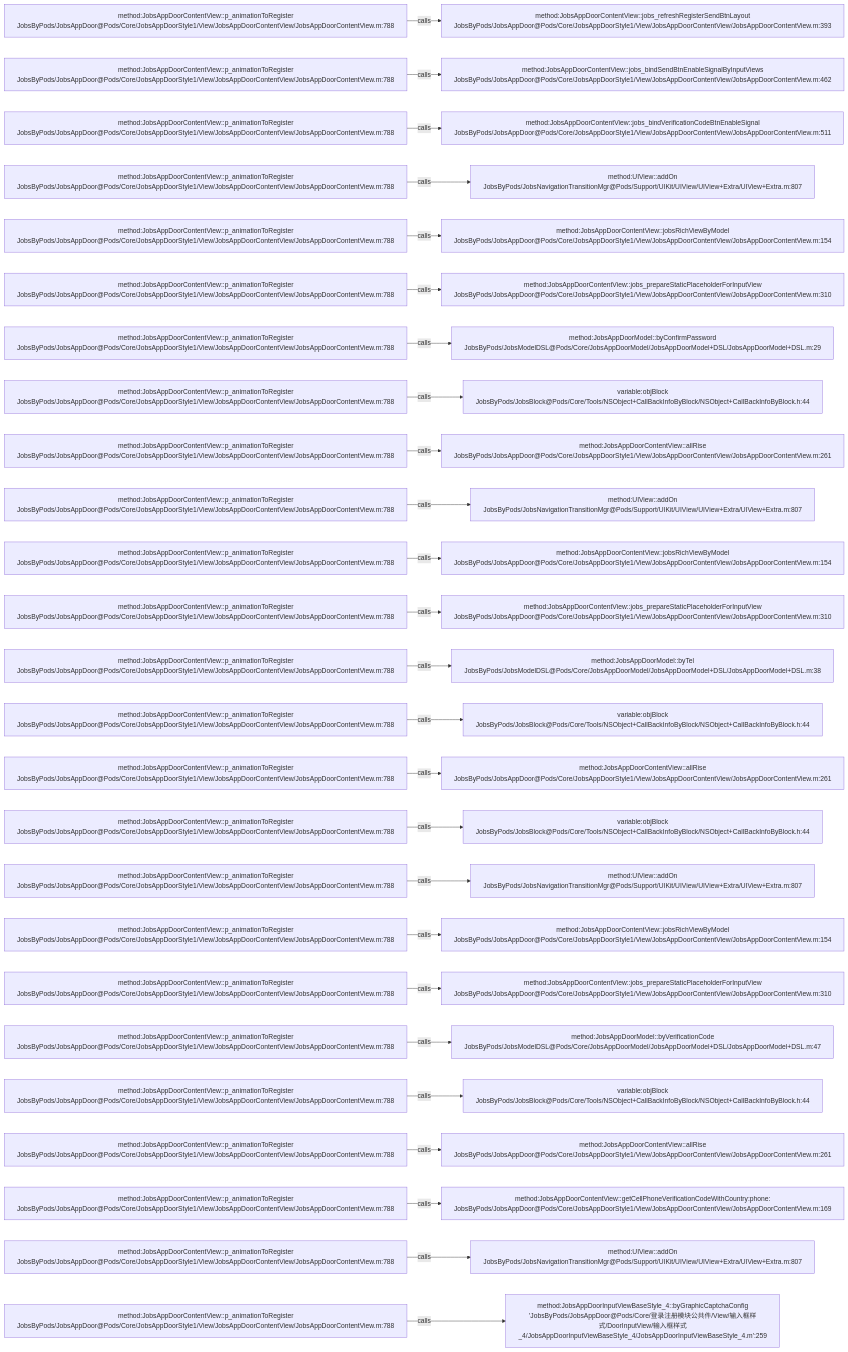
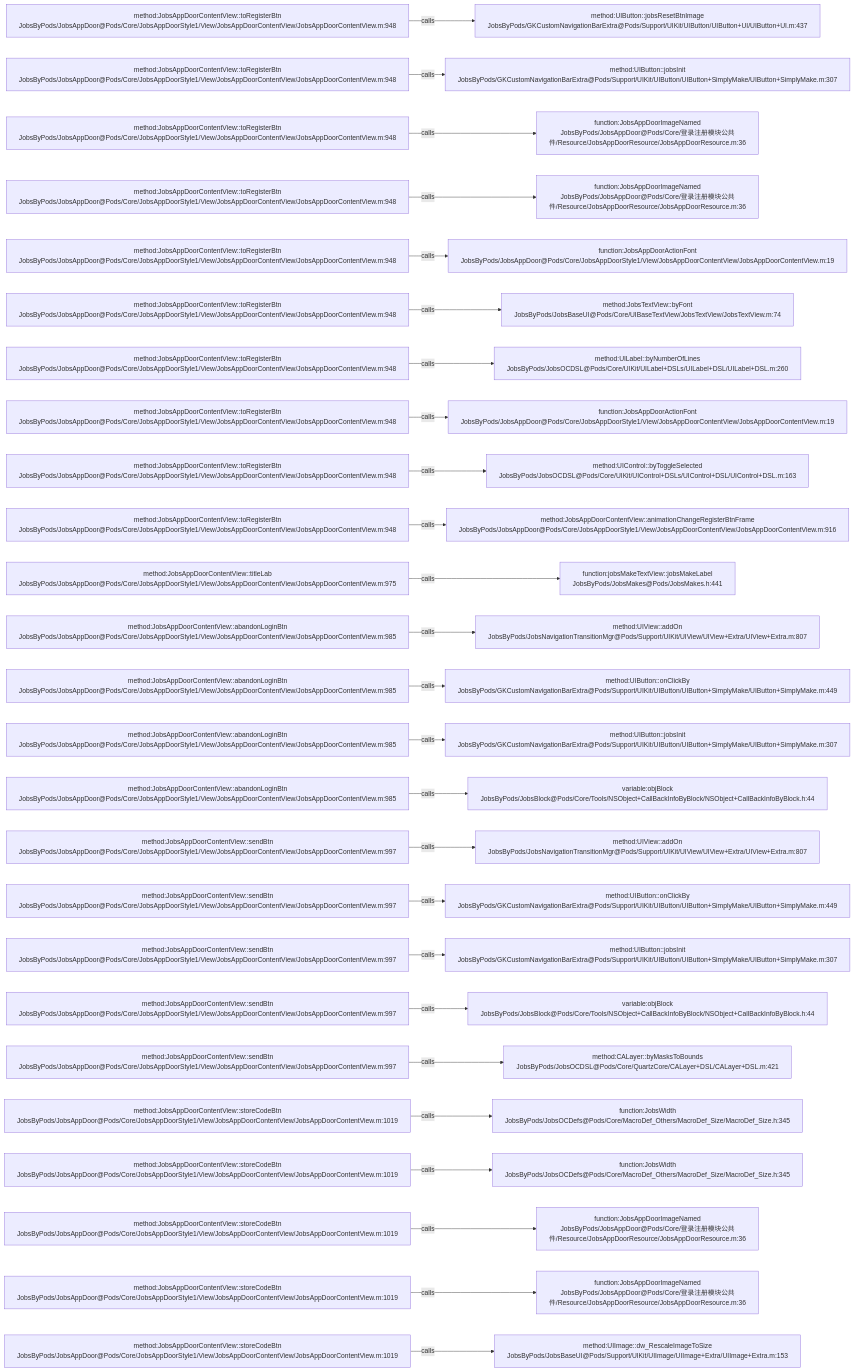
One commit to JobsKits/JobsOCBaseConfigDemo changed the diagram in .codegraph/codegraph.md/graphs/calls-098.md. Above: the diagram before and after it, drawn with Mermaid. The commit also changed 223 other files, not shown here.

````diff
--- a/.codegraph/codegraph.md/graphs/calls-098.md
+++ b/.codegraph/codegraph.md/graphs/calls-098.md
@@ -13,78 +13,78 @@
 ```mermaid
 flowchart LR
-  S1["method:JobsAppDoorContentView::p_animationToRegister<br/>JobsByPods/JobsAppDoor@Pods/Core/JobsAppDoorStyle1/View/JobsAppDoorContentView/JobsAppDoorContentView.m:788"]
-  T1["method:JobsAppDoorContentView::jobs_refreshRegisterSendBtnLayout<br/>JobsByPods/JobsAppDoor@Pods/Core/JobsAppDoorStyle1/View/JobsAppDoorContentView/JobsAppDoorContentView.m:393"]
+  S1["method:JobsAppDoorContentView::toRegisterBtn<br/>JobsByPods/JobsAppDoor@Pods/Core/JobsAppDoorStyle1/View/JobsAppDoorContentView/JobsAppDoorContentView.m:948"]
+  T1["method:UIButton::jobsResetBtnImage<br/>JobsByPods/GKCustomNavigationBarExtra@Pods/Support/UIKit/UIButton/UIButton+UI/UIButton+UI.m:437"]
   S1 -->|calls| T1
-  S2["method:JobsAppDoorContentView::p_animationToRegister<br/>JobsByPods/JobsAppDoor@Pods/Core/JobsAppDoorStyle1/View/JobsAppDoorContentView/JobsAppDoorContentView.m:788"]
-  T2["method:JobsAppDoorContentView::jobs_bindSendBtnEnableSignalByInputViews<br/>JobsByPods/JobsAppDoor@Pods/Core/JobsAppDoorStyle1/View/JobsAppDoorContentView/JobsAppDoorContentView.m:462"]
+  S2["method:JobsAppDoorContentView::toRegisterBtn<br/>JobsByPods/JobsAppDoor@Pods/Core/JobsAppDoorStyle1/View/JobsAppDoorContentView/JobsAppDoorContentView.m:948"]
+  T2["method:UIButton::jobsInit<br/>JobsByPods/GKCustomNavigationBarExtra@Pods/Support/UIKit/UIButton/UIButton+SimplyMake/UIButton+SimplyMake.m:307"]
   S2 -->|calls| T2
-  S3["method:JobsAppDoorContentView::p_animationToRegister<br/>JobsByPods/JobsAppDoor@Pods/Core/JobsAppDoorStyle1/View/JobsAppDoorContentView/JobsAppDoorContentView.m:788"]
-  T3["method:JobsAppDoorContentView::jobs_bindVerificationCodeBtnEnableSignal<br/>JobsByPods/JobsAppDoor@Pods/Core/JobsAppDoorStyle1/View/JobsAppDoorContentView/JobsAppDoorContentView.m:511"]
+  S3["method:JobsAppDoorContentView::toRegisterBtn<br/>JobsByPods/JobsAppDoor@Pods/Core/JobsAppDoorStyle1/View/JobsAppDoorContentView/JobsAppDoorContentView.m:948"]
+  T3["function:JobsAppDoorImageNamed<br/>JobsByPods/JobsAppDoor@Pods/Core/登录注册模块公共件/Resource/JobsAppDoorResource/JobsAppDoorResource.m:36"]
   S3 -->|calls| T3
-  S4["method:JobsAppDoorContentView::p_animationToRegister<br/>JobsByPods/JobsAppDoor@Pods/Core/JobsAppDoorStyle1/View/JobsAppDoorContentView/JobsAppDoorContentView.m:788"]
-  T4["method:UIView::addOn<br/>JobsByPods/JobsNavigationTransitionMgr@Pods/Support/UIKit/UIView/UIView+Extra/UIView+Extra.m:807"]
+  S4["method:JobsAppDoorContentView::toRegisterBtn<br/>JobsByPods/JobsAppDoor@Pods/Core/JobsAppDoorStyle1/View/JobsAppDoorContentView/JobsAppDoorContentView.m:948"]
+  T4["function:JobsAppDoorImageNamed<br/>JobsByPods/JobsAppDoor@Pods/Core/登录注册模块公共件/Resource/JobsAppDoorResource/JobsAppDoorResource.m:36"]
   S4 -->|calls| T4
-  S5["method:JobsAppDoorContentView::p_animationToRegister<br/>JobsByPods/JobsAppDoor@Pods/Core/JobsAppDoorStyle1/View/JobsAppDoorContentView/JobsAppDoorContentView.m:788"]
-  T5["method:JobsAppDoorContentView::jobsRichViewByModel<br/>JobsByPods/JobsAppDoor@Pods/Core/JobsAppDoorStyle1/View/JobsAppDoorContentView/JobsAppDoorContentView.m:154"]
+  S5["method:JobsAppDoorContentView::toRegisterBtn<br/>JobsByPods/JobsAppDoor@Pods/Core/JobsAppDoorStyle1/View/JobsAppDoorContentView/JobsAppDoorContentView.m:948"]
+  T5["function:JobsAppDoorActionFont<br/>JobsByPods/JobsAppDoor@Pods/Core/JobsAppDoorStyle1/View/JobsAppDoorContentView/JobsAppDoorContentView.m:19"]
   S5 -->|calls| T5
-  S6["method:JobsAppDoorContentView::p_animationToRegister<br/>JobsByPods/JobsAppDoor@Pods/Core/JobsAppDoorStyle1/View/JobsAppDoorContentView/JobsAppDoorContentView.m:788"]
-  T6["method:JobsAppDoorContentView::jobs_prepareStaticPlaceholderForInputView<br/>JobsByPods/JobsAppDoor@Pods/Core/JobsAppDoorStyle1/View/JobsAppDoorContentView/JobsAppDoorContentView.m:310"]
+  S6["method:JobsAppDoorContentView::toRegisterBtn<br/>JobsByPods/JobsAppDoor@Pods/Core/JobsAppDoorStyle1/View/JobsAppDoorContentView/JobsAppDoorContentView.m:948"]
+  T6["method:JobsTextView::byFont<br/>JobsByPods/JobsBaseUI@Pods/Core/UIBaseTextView/JobsTextView/JobsTextView.m:74"]
   S6 -->|calls| T6
-  S7["method:JobsAppDoorContentView::p_animationToRegister<br/>JobsByPods/JobsAppDoor@Pods/Core/JobsAppDoorStyle1/View/JobsAppDoorContentView/JobsAppDoorContentView.m:788"]
-  T7["method:JobsAppDoorModel::byConfirmPassword<br/>JobsByPods/JobsModelDSL@Pods/Core/JobsAppDoorModel/JobsAppDoorModel+DSL/JobsAppDoorModel+DSL.m:29"]
+  S7["method:JobsAppDoorContentView::toRegisterBtn<br/>JobsByPods/JobsAppDoor@Pods/Core/JobsAppDoorStyle1/View/JobsAppDoorContentView/JobsAppDoorContentView.m:948"]
+  T7["method:UILabel::byNumberOfLines<br/>JobsByPods/JobsOCDSL@Pods/Core/UIKit/UILabel+DSLs/UILabel+DSL/UILabel+DSL.m:260"]
   S7 -->|calls| T7
-  S8["method:JobsAppDoorContentView::p_animationToRegister<br/>JobsByPods/JobsAppDoor@Pods/Core/JobsAppDoorStyle1/View/JobsAppDoorContentView/JobsAppDoorContentView.m:788"]
-  T8["variable:objBlock<br/>JobsByPods/JobsBlock@Pods/Core/Tools/NSObject+CallBackInfoByBlock/NSObject+CallBackInfoByBlock.h:44"]
+  S8["method:JobsAppDoorContentView::toRegisterBtn<br/>JobsByPods/JobsAppDoor@Pods/Core/JobsAppDoorStyle1/View/JobsAppDoorContentView/JobsAppDoorContentView.m:948"]
+  T8["function:JobsAppDoorActionFont<br/>JobsByPods/JobsAppDoor@Pods/Core/JobsAppDoorStyle1/View/JobsAppDoorContentView/JobsAppDoorContentView.m:19"]
   S8 -->|calls| T8
-  S9["method:JobsAppDoorContentView::p_animationToRegister<br/>JobsByPods/JobsAppDoor@Pods/Core/JobsAppDoorStyle1/View/JobsAppDoorContentView/JobsAppDoorContentView.m:788"]
-  T9["method:JobsAppDoorContentView::allRise<br/>JobsByPods/JobsAppDoor@Pods/Core/JobsAppDoorStyle1/View/JobsAppDoorContentView/JobsAppDoorContentView.m:261"]
+  S9["method:JobsAppDoorContentView::toRegisterBtn<br/>JobsByPods/JobsAppDoor@Pods/Core/JobsAppDoorStyle1/View/JobsAppDoorContentView/JobsAppDoorContentView.m:948"]
+  T9["method:UIControl::byToggleSelected<br/>JobsByPods/JobsOCDSL@Pods/Core/UIKit/UIControl+DSLs/UIControl+DSL/UIControl+DSL.m:163"]
   S9 -->|calls| T9
-  S10["method:JobsAppDoorContentView::p_animationToRegister<br/>JobsByPods/JobsAppDoor@Pods/Core/JobsAppDoorStyle1/View/JobsAppDoorContentView/JobsAppDoorContentView.m:788"]
-  T10["method:UIView::addOn<br/>JobsByPods/JobsNavigationTransitionMgr@Pods/Support/UIKit/UIView/UIView+Extra/UIView+Extra.m:807"]
+  S10["method:JobsAppDoorContentView::toRegisterBtn<br/>JobsByPods/JobsAppDoor@Pods/Core/JobsAppDoorStyle1/View/JobsAppDoorContentView/JobsAppDoorContentView.m:948"]
+  T10["method:JobsAppDoorContentView::animationChangeRegisterBtnFrame<br/>JobsByPods/JobsAppDoor@Pods/Core/JobsAppDoorStyle1/View/JobsAppDoorContentView/JobsAppDoorContentView.m:916"]
   S10 -->|calls| T10
-  S11["method:JobsAppDoorContentView::p_animationToRegister<br/>JobsByPods/JobsAppDoor@Pods/Core/JobsAppDoorStyle1/View/JobsAppDoorContentView/JobsAppDoorContentView.m:788"]
-  T11["method:JobsAppDoorContentView::jobsRichViewByModel<br/>JobsByPods/JobsAppDoor@Pods/Core/JobsAppDoorStyle1/View/JobsAppDoorContentView/JobsAppDoorContentView.m:154"]
+  S11["method:JobsAppDoorContentView::titleLab<br/>JobsByPods/JobsAppDoor@Pods/Core/JobsAppDoorStyle1/View/JobsAppDoorContentView/JobsAppDoorContentView.m:975"]
+  T11["function:jobsMakeTextView::jobsMakeLabel<br/>JobsByPods/JobsMakes@Pods/JobsMakes.h:441"]
   S11 -->|calls| T11
-  S12["method:JobsAppDoorContentView::p_animationToRegister<br/>JobsByPods/JobsAppDoor@Pods/Core/JobsAppDoorStyle1/View/JobsAppDoorContentView/JobsAppDoorContentView.m:788"]
-  T12["method:JobsAppDoorContentView::jobs_prepareStaticPlaceholderForInputView<br/>JobsByPods/JobsAppDoor@Pods/Core/JobsAppDoorStyle1/View/JobsAppDoorContentView/JobsAppDoorContentView.m:310"]
+  S12["method:JobsAppDoorContentView::abandonLoginBtn<br/>JobsByPods/JobsAppDoor@Pods/Core/JobsAppDoorStyle1/View/JobsAppDoorContentView/JobsAppDoorContentView.m:985"]
+  T12["method:UIView::addOn<br/>JobsByPods/JobsNavigationTransitionMgr@Pods/Support/UIKit/UIView/UIView+Extra/UIView+Extra.m:807"]
   S12 -->|calls| T12
-  S13["method:JobsAppDoorContentView::p_animationToRegister<br/>JobsByPods/JobsAppDoor@Pods/Core/JobsAppDoorStyle1/View/JobsAppDoorContentView/JobsAppDoorContentView.m:788"]
-  T13["method:JobsAppDoorModel::byTel<br/>JobsByPods/JobsModelDSL@Pods/Core/JobsAppDoorModel/JobsAppDoorModel+DSL/JobsAppDoorModel+DSL.m:38"]
+  S13["method:JobsAppDoorContentView::abandonLoginBtn<br/>JobsByPods/JobsAppDoor@Pods/Core/JobsAppDoorStyle1/View/JobsAppDoorContentView/JobsAppDoorContentView.m:985"]
+  T13["method:UIButton::onClickBy<br/>JobsByPods/GKCustomNavigationBarExtra@Pods/Support/UIKit/UIButton/UIButton+SimplyMake/UIButton+SimplyMake.m:449"]
   S13 -->|calls| T13
-  S14["method:JobsAppDoorContentView::p_animationToRegister<br/>JobsByPods/JobsAppDoor@Pods/Core/JobsAppDoorStyle1/View/JobsAppDoorContentView/JobsAppDoorContentView.m:788"]
-  T14["variable:objBlock<br/>JobsByPods/JobsBlock@Pods/Core/Tools/NSObject+CallBackInfoByBlock/NSObject+CallBackInfoByBlock.h:44"]
+  S14["method:JobsAppDoorContentView::abandonLoginBtn<br/>JobsByPods/JobsAppDoor@Pods/Core/JobsAppDoorStyle1/View/JobsAppDoorContentView/JobsAppDoorContentView.m:985"]
+  T14["method:UIButton::jobsInit<br/>JobsByPods/GKCustomNavigationBarExtra@Pods/Support/UIKit/UIButton/UIButton+SimplyMake/UIButton+SimplyMake.m:307"]
   S14 -->|calls| T14
-  S15["method:JobsAppDoorContentView::p_animationToRegister<br/>JobsByPods/JobsAppDoor@Pods/Core/JobsAppDoorStyle1/View/JobsAppDoorContentView/JobsAppDoorContentView.m:788"]
-  T15["method:JobsAppDoorContentView::allRise<br/>JobsByPods/JobsAppDoor@Pods/Core/JobsAppDoorStyle1/View/JobsAppDoorContentView/JobsAppDoorContentView.m:261"]
+  S15["method:JobsAppDoorContentView::abandonLoginBtn<br/>JobsByPods/JobsAppDoor@Pods/Core/JobsAppDoorStyle1/View/JobsAppDoorContentView/JobsAppDoorContentView.m:985"]
+  T15["variable:objBlock<br/>JobsByPods/JobsBlock@Pods/Core/Tools/NSObject+CallBackInfoByBlock/NSObject+CallBackInfoByBlock.h:44"]
   S15 -->|calls| T15
-  S16["method:JobsAppDoorContentView::p_animationToRegister<br/>JobsByPods/JobsAppDoor@Pods/Core/JobsAppDoorStyle1/View/JobsAppDoorContentView/JobsAppDoorContentView.m:788"]
-  T16["variable:objBlock<br/>JobsByPods/JobsBlock@Pods/Core/Tools/NSObject+CallBackInfoByBlock/NSObject+CallBackInfoByBlock.h:44"]
+  S16["method:JobsAppDoorContentView::sendBtn<br/>JobsByPods/JobsAppDoor@Pods/Core/JobsAppDoorStyle1/View/JobsAppDoorContentView/JobsAppDoorContentView.m:997"]
+  T16["method:UIView::addOn<br/>JobsByPods/JobsNavigationTransitionMgr@Pods/Support/UIKit/UIView/UIView+Extra/UIView+Extra.m:807"]
   S16 -->|calls| T16
-  S17["method:JobsAppDoorContentView::p_animationToRegister<br/>JobsByPods/JobsAppDoor@Pods/Core/JobsAppDoorStyle1/View/JobsAppDoorContentView/JobsAppDoorContentView.m:788"]
-  T17["method:UIView::addOn<br/>JobsByPods/JobsNavigationTransitionMgr@Pods/Support/UIKit/UIView/UIView+Extra/UIView+Extra.m:807"]
+  S17["method:JobsAppDoorContentView::sendBtn<br/>JobsByPods/JobsAppDoor@Pods/Core/JobsAppDoorStyle1/View/JobsAppDoorContentView/JobsAppDoorContentView.m:997"]
+  T17["method:UIButton::onClickBy<br/>JobsByPods/GKCustomNavigationBarExtra@Pods/Support/UIKit/UIButton/UIButton+SimplyMake/UIButton+SimplyMake.m:449"]
   S17 -->|calls| T17
-  S18["method:JobsAppDoorContentView::p_animationToRegister<br/>JobsByPods/JobsAppDoor@Pods/Core/JobsAppDoorStyle1/View/JobsAppDoorContentView/JobsAppDoorContentView.m:788"]
-  T18["method:JobsAppDoorContentView::jobsRichViewByModel<br/>JobsByPods/JobsAppDoor@Pods/Core/JobsAppDoorStyle1/View/JobsAppDoorContentView/JobsAppDoorContentView.m:154"]
+  S18["method:JobsAppDoorContentView::sendBtn<br/>JobsByPods/JobsAppDoor@Pods/Core/JobsAppDoorStyle1/View/JobsAppDoorContentView/JobsAppDoorContentView.m:997"]
+  T18["method:UIButton::jobsInit<br/>JobsByPods/GKCustomNavigationBarExtra@Pods/Support/UIKit/UIButton/UIButton+SimplyMake/UIButton+SimplyMake.m:307"]
   S18 -->|calls| T18
-  S19["method:JobsAppDoorContentView::p_animationToRegister<br/>JobsByPods/JobsAppDoor@Pods/Core/JobsAppDoorStyle1/View/JobsAppDoorContentView/JobsAppDoorContentView.m:788"]
-  T19["method:JobsAppDoorContentView::jobs_prepareStaticPlaceholderForInputView<br/>JobsByPods/JobsAppDoor@Pods/Core/JobsAppDoorStyle1/View/JobsAppDoorContentView/JobsAppDoorContentView.m:310"]
+  S19["method:JobsAppDoorContentView::sendBtn<br/>JobsByPods/JobsAppDoor@Pods/Core/JobsAppDoorStyle1/View/JobsAppDoorContentView/JobsAppDoorContentView.m:997"]
+  T19["variable:objBlock<br/>JobsByPods/JobsBlock@Pods/Core/Tools/NSObject+CallBackInfoByBlock/NSObject+CallBackInfoByBlock.h:44"]
   S19 -->|calls| T19
-  S20["method:JobsAppDoorContentView::p_animationToRegister<br/>JobsByPods/JobsAppDoor@Pods/Core/JobsAppDoorStyle1/View/JobsAppDoorContentView/JobsAppDoorContentView.m:788"]
-  T20["method:JobsAppDoorModel::byVerificationCode<br/>JobsByPods/JobsModelDSL@Pods/Core/JobsAppDoorModel/JobsAppDoorModel+DSL/JobsAppDoorModel+DSL.m:47"]
+  S20["method:JobsAppDoorContentView::sendBtn<br/>JobsByPods/JobsAppDoor@Pods/Core/JobsAppDoorStyle1/View/JobsAppDoorContentView/JobsAppDoorContentView.m:997"]
+  T20["method:CALayer::byMasksToBounds<br/>JobsByPods/JobsOCDSL@Pods/Core/QuartzCore/CALayer+DSL/CALayer+DSL.m:421"]
   S20 -->|calls| T20
-  S21["method:JobsAppDoorContentView::p_animationToRegister<br/>JobsByPods/JobsAppDoor@Pods/Core/JobsAppDoorStyle1/View/JobsAppDoorContentView/JobsAppDoorContentView.m:788"]
-  T21["variable:objBlock<br/>JobsByPods/JobsBlock@Pods/Core/Tools/NSObject+CallBackInfoByBlock/NSObject+CallBackInfoByBlock.h:44"]
+  S21["method:JobsAppDoorContentView::storeCodeBtn<br/>JobsByPods/JobsAppDoor@Pods/Core/JobsAppDoorStyle1/View/JobsAppDoorContentView/JobsAppDoorContentView.m:1019"]
+  T21["function:JobsWidth<br/>JobsByPods/JobsOCDefs@Pods/Core/MacroDef_Others/MacroDef_Size/MacroDef_Size.h:345"]
   S21 -->|calls| T21
-  S22["method:JobsAppDoorContentView::p_animationToRegister<br/>JobsByPods/JobsAppDoor@Pods/Core/JobsAppDoorStyle1/View/JobsAppDoorContentView/JobsAppDoorContentView.m:788"]
-  T22["method:JobsAppDoorContentView::allRise<br/>JobsByPods/JobsAppDoor@Pods/Core/JobsAppDoorStyle1/View/JobsAppDoorContentView/JobsAppDoorContentView.m:261"]
+  S22["method:JobsAppDoorContentView::storeCodeBtn<br/>JobsByPods/JobsAppDoor@Pods/Core/JobsAppDoorStyle1/View/JobsAppDoorContentView/JobsAppDoorContentView.m:1019"]
+  T22["function:JobsWidth<br/>JobsByPods/JobsOCDefs@Pods/Core/MacroDef_Others/MacroDef_Size/MacroDef_Size.h:345"]
   S22 -->|calls| T22
-  S23["method:JobsAppDoorContentView::p_animationToRegister<br/>JobsByPods/JobsAppDoor@Pods/Core/JobsAppDoorStyle1/View/JobsAppDoorContentView/JobsAppDoorContentView.m:788"]
-  T23["method:JobsAppDoorContentView::getCellPhoneVerificationCodeWithCountry:phone:<br/>JobsByPods/JobsAppDoor@Pods/Core/JobsAppDoorStyle1/View/JobsAppDoorContentView/JobsAppDoorContentView.m:169"]
+  S23["method:JobsAppDoorContentView::storeCodeBtn<br/>JobsByPods/JobsAppDoor@Pods/Core/JobsAppDoorStyle1/View/JobsAppDoorContentView/JobsAppDoorContentView.m:1019"]
+  T23["function:JobsAppDoorImageNamed<br/>JobsByPods/JobsAppDoor@Pods/Core/登录注册模块公共件/Resource/JobsAppDoorResource/JobsAppDoorResource.m:36"]
   S23 -->|calls| T23
-  S24["method:JobsAppDoorContentView::p_animationToRegister<br/>JobsByPods/JobsAppDoor@Pods/Core/JobsAppDoorStyle1/View/JobsAppDoorContentView/JobsAppDoorContentView.m:788"]
-  T24["method:UIView::addOn<br/>JobsByPods/JobsNavigationTransitionMgr@Pods/Support/UIKit/UIView/UIView+Extra/UIView+Extra.m:807"]
+  S24["method:JobsAppDoorContentView::storeCodeBtn<br/>JobsByPods/JobsAppDoor@Pods/Core/JobsAppDoorStyle1/View/JobsAppDoorContentView/JobsAppDoorContentView.m:1019"]
+  T24["function:JobsAppDoorImageNamed<br/>JobsByPods/JobsAppDoor@Pods/Core/登录注册模块公共件/Resource/JobsAppDoorResource/JobsAppDoorResource.m:36"]
   S24 -->|calls| T24
-  S25["method:JobsAppDoorContentView::p_animationToRegister<br/>JobsByPods/JobsAppDoor@Pods/Core/JobsAppDoorStyle1/View/JobsAppDoorContentView/JobsAppDoorContentView.m:788"]
-  T25["method:JobsAppDoorInputViewBaseStyle_4::byGraphicCaptchaConfig<br/>'JobsByPods/JobsAppDoor@Pods/Core/登录注册模块公共件/View/输入框样式/DoorInputView/输入框样式_4/JobsAppDoorInputViewBaseStyle_4/JobsAppDoorInputViewBaseStyle_4.m':259"]
+  S25["method:JobsAppDoorContentView::storeCodeBtn<br/>JobsByPods/JobsAppDoor@Pods/Core/JobsAppDoorStyle1/View/JobsAppDoorContentView/JobsAppDoorContentView.m:1019"]
+  T25["method:UIImage::dw_RescaleImageToSize<br/>JobsByPods/JobsBaseUI@Pods/Support/UIKit/UIImage/UIImage+Extra/UIImage+Extra.m:153"]
   S25 -->|calls| T25
 ```
````
